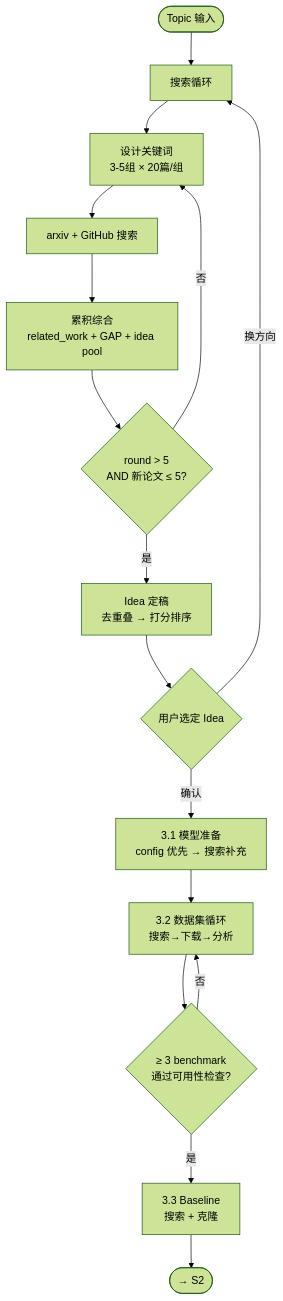
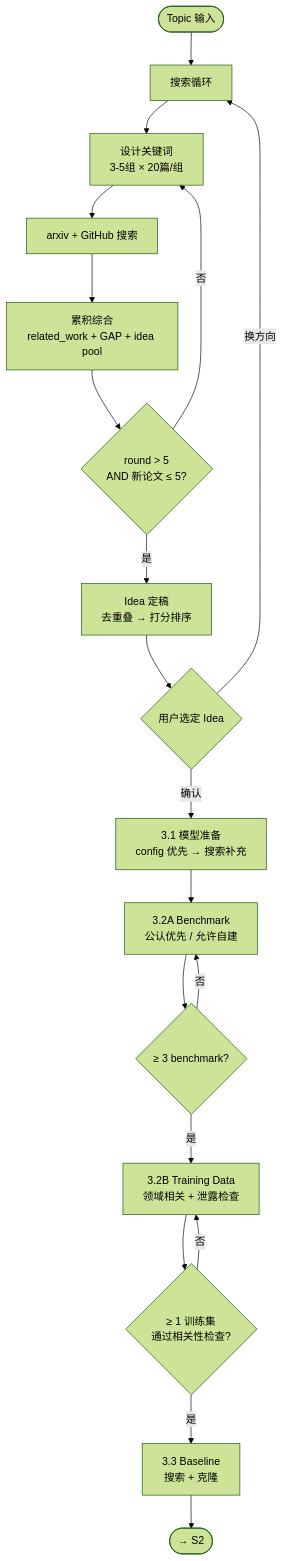
One commit to JZAO20L/nano-auto-research changed the diagram in auto-research-s1-flow/SKILL.md. Above: the diagram before and after it, drawn with Mermaid (forest theme). The commit also changed other lines of this file, not shown here.

Commit message:
feat: S1 two-phase dataset — benchmark first (allow self-built) then training data with relevance/leakage check

````diff
--- a/auto-research-s1-flow/SKILL.md
+++ b/auto-research-s1-flow/SKILL.md
@@ -25,18 +25,21 @@
 ```mermaid
 flowchart TD
     START([Topic 输入]) --> LOOP[搜索循环]
     LOOP --> KW[设计关键词<br/>3-5组 × 20篇/组]
     KW --> SEARCH[arxiv + GitHub 搜索]
     SEARCH --> SYN[累积综合<br/>related_work + GAP + idea pool]
     SYN --> TERM{round > 5<br/>AND 新论文 ≤ 5?}
     TERM -->|否| KW
     TERM -->|是| IDEA[Idea 定稿<br/>去重叠 → 打分排序]
     IDEA --> GATE{用户选定 Idea}
     GATE -->|确认| MODEL[3.1 模型准备<br/>config 优先 → 搜索补充]
     GATE -->|换方向| LOOP
-    MODEL --> DATA[3.2 数据集循环<br/>搜索→下载→分析]
-    DATA --> DATACHECK{≥ 3 benchmark<br/>通过可用性检查?}
-    DATACHECK -->|否| DATA
-    DATACHECK -->|是| BASE[3.3 Baseline<br/>搜索 + 克隆]
+    MODEL --> BENCH[3.2A Benchmark<br/>公认优先 / 允许自建]
+    BENCH --> BENCHCHECK{≥ 3 benchmark?}
+    BENCHCHECK -->|否| BENCH
+    BENCHCHECK -->|是| TRAIN[3.2B Training Data<br/>领域相关 + 泄露检查]
+    TRAIN --> TRAINCHECK{≥ 1 训练集<br/>通过相关性检查?}
+    TRAINCHECK -->|否| TRAIN
+    TRAINCHECK -->|是| BASE[3.3 Baseline<br/>搜索 + 克隆]
     BASE --> OUT([→ S2])
 ```
````
